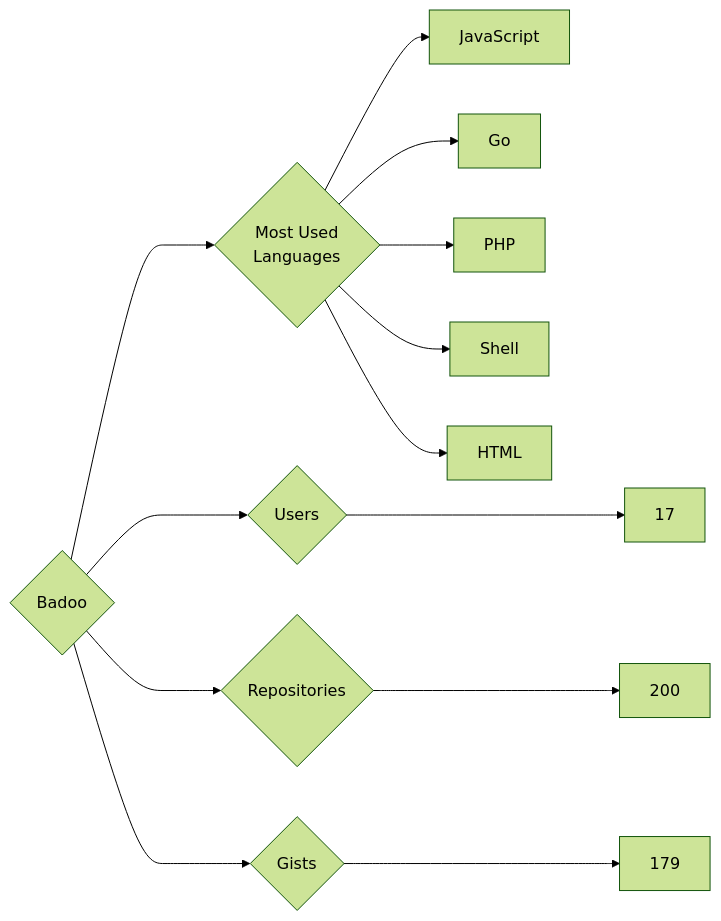
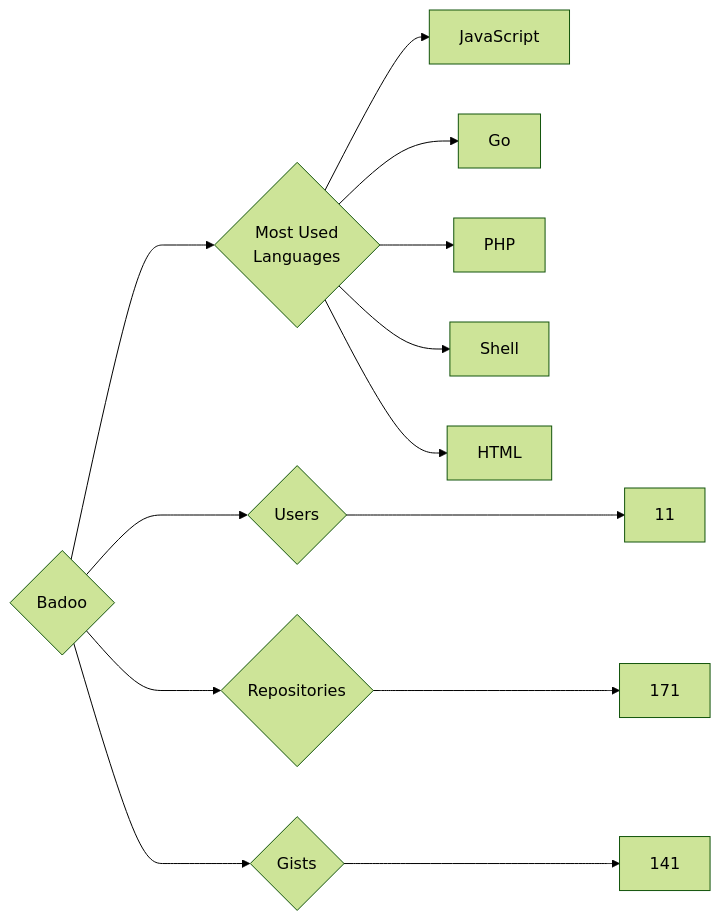
One commit to trickest/insiders changed the diagram in targets/Badoo/README.md. Above: the diagram before and after it, drawn with Mermaid (forest theme). The commit also changed 930 other files, not shown here.

````diff
--- a/targets/Badoo/README.md
+++ b/targets/Badoo/README.md
@@ -3,13 +3,13 @@
 ```mermaid
 graph LR
 COMPANY_NAME{Badoo}
-COMPANY_NAME ---> U{Users} ---> UN[17]
-COMPANY_NAME ---> R{Repositories} ---> RN[200]
-COMPANY_NAME ---> G{Gists} ---> GN[179]
+COMPANY_NAME ---> U{Users} ---> UN[11]
+COMPANY_NAME ---> R{Repositories} ---> RN[171]
+COMPANY_NAME ---> G{Gists} ---> GN[141]
 COMPANY_NAME ---> ML{Most Used<br>Languages}
 ML --> JavaScript[JavaScript]
 ML --> Go[Go]
 ML --> PHP[PHP]
 ML --> Shell[Shell]
 ML --> HTML[HTML]
 ```
````
